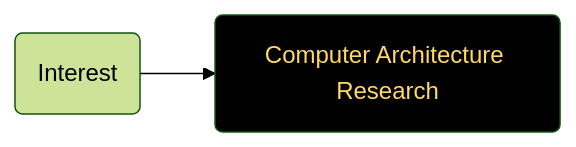
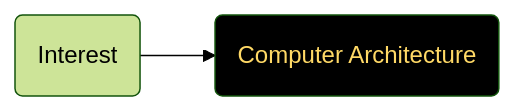
The second of 2 diagrams in README.md (codverch/codverch), drawn with Mermaid (forest theme) before and after one commit.

````diff
--- a/README.md
+++ b/README.md
@@ -9,6 +9,6 @@
 ```mermaid
 flowchart LR
-    id1(Interest)-->id2(Computer Architecture Research)
+    id1(Interest)-->id2(Computer Architecture)
     style id1 fill:#5b
     style id2 fill:#000000,color:#ffd966
 ```
````
